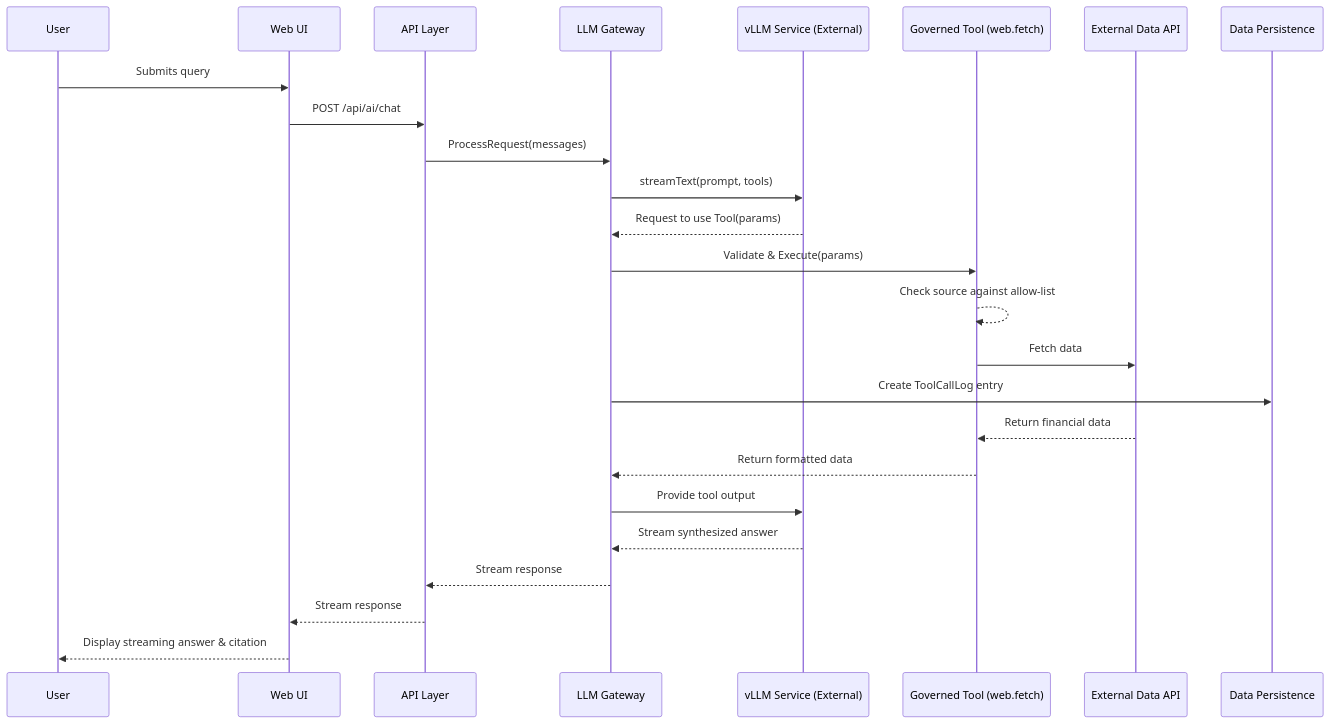
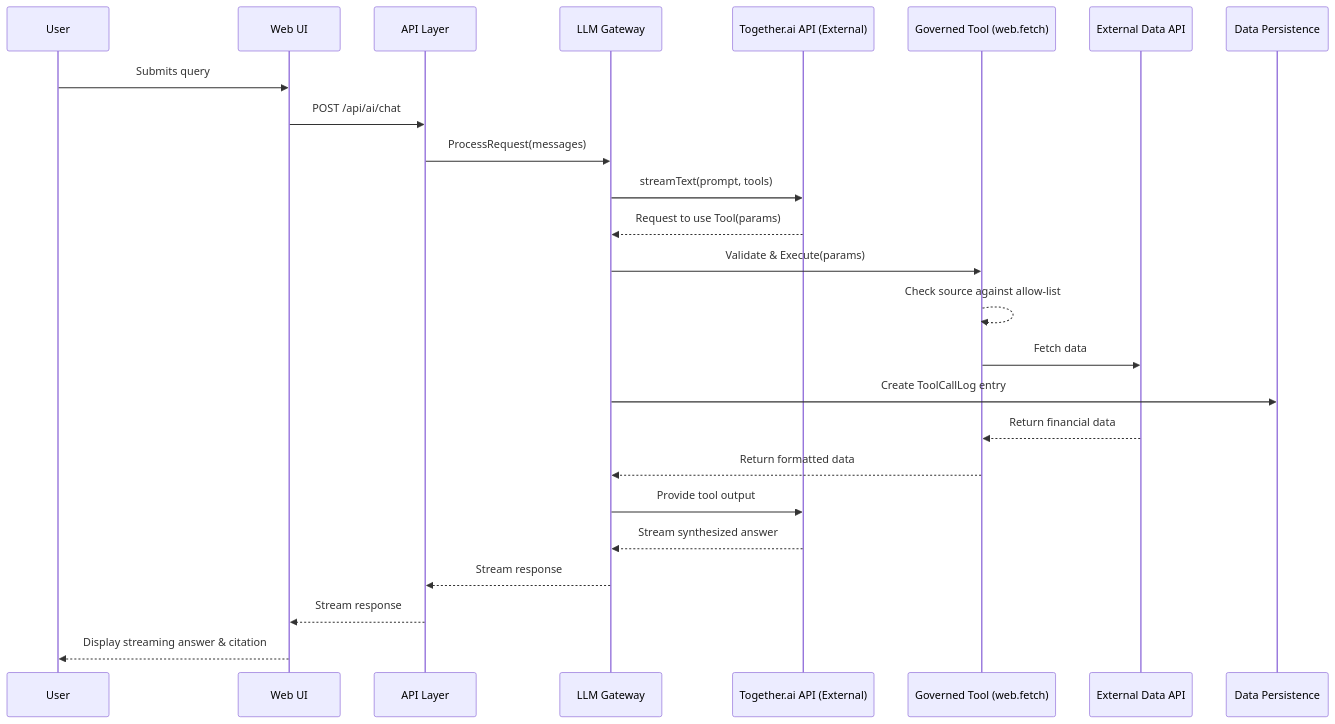
One commit to CadBane-ai/PriceControl-AI2 changed the fourth of 4 diagrams in docs/PriceControl-AI-achitecture.md. Above: the diagram before and after it, drawn with Mermaid. The commit also changed other lines of this file and 35 other files, not shown here.

````diff
--- a/docs/PriceControl-AI-achitecture.md
+++ b/docs/PriceControl-AI-achitecture.md
@@ -417,28 +431,28 @@
 ```mermaid
 sequenceDiagram
     participant User
     participant WebUI as Web UI
     participant APILayer as API Layer
     participant LLMGateway as LLM Gateway
-    participant vLLM as vLLM Service (External)
+    participant Together as Together.ai API (External)
     participant Tool as Governed Tool (web.fetch)
     participant DataAPI as External Data API
     participant AuditLog as Data Persistence
 
     User->>WebUI: Submits query
     WebUI->>APILayer: POST /api/ai/chat
     APILayer->>LLMGateway: ProcessRequest(messages)
-    LLMGateway->>vLLM: streamText(prompt, tools)
-    vLLM-->>LLMGateway: Request to use Tool(params)
+    LLMGateway->>Together: streamText(prompt, tools)
+    Together-->>LLMGateway: Request to use Tool(params)
     LLMGateway->>Tool: Validate & Execute(params)
     Tool-->>Tool: Check source against allow-list
     Tool->>DataAPI: Fetch data
     LLMGateway->>AuditLog: Create ToolCallLog entry
     DataAPI-->>Tool: Return financial data
     Tool-->>LLMGateway: Return formatted data
-    LLMGateway->>vLLM: Provide tool output
-    vLLM-->>LLMGateway: Stream synthesized answer
+    LLMGateway->>Together: Provide tool output
+    Together-->>LLMGateway: Stream synthesized answer
     LLMGateway-->>APILayer: Stream response
     APILayer-->>WebUI: Stream response
     WebUI-->>User: Display streaming answer & citation
 ```
````
